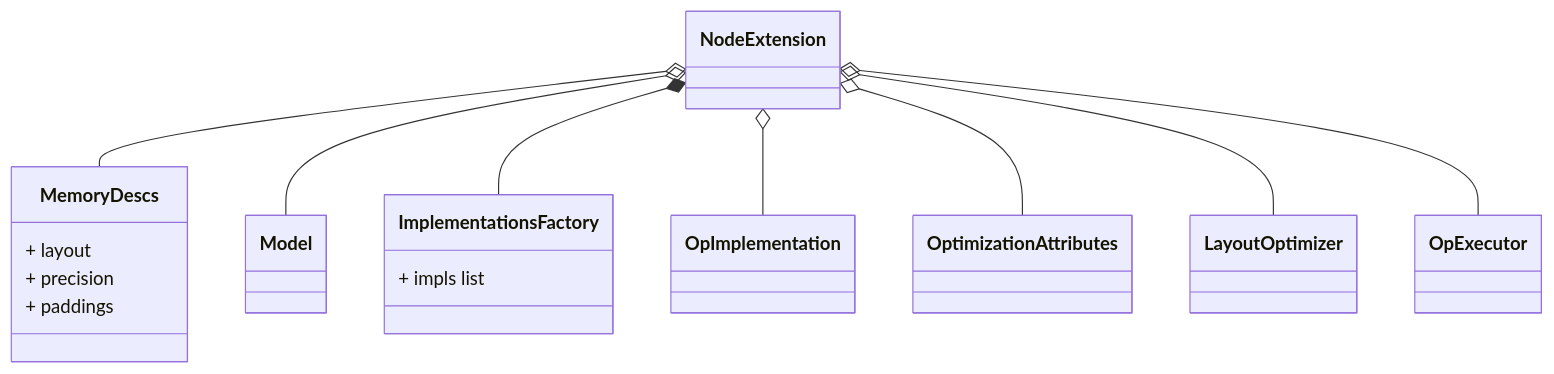
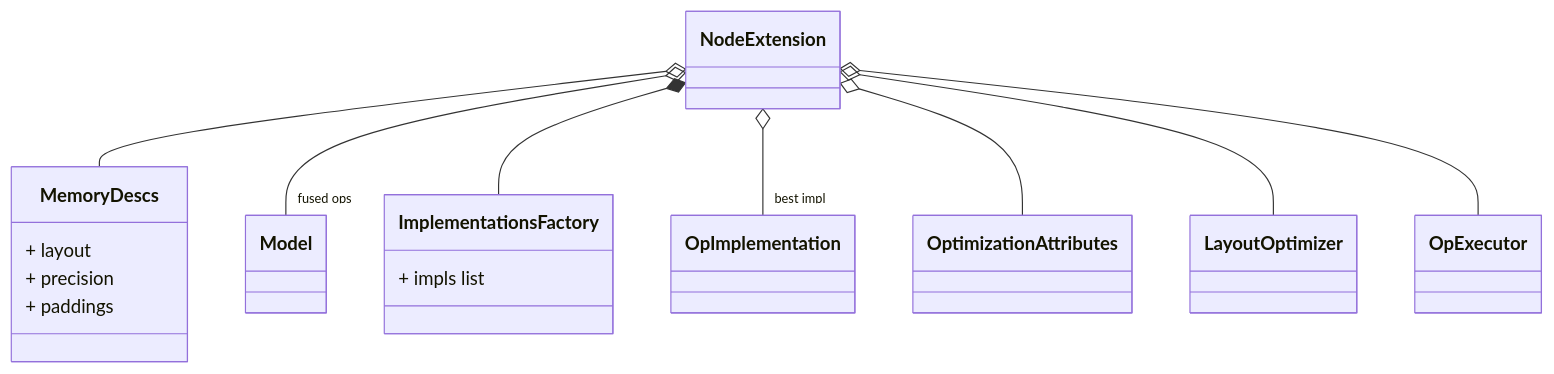
Before and after one commit to z71258847/openvino_sycl_poc: the second of 2 diagrams in src/plugins/one_plugin/docs/arch.md, drawn with Mermaid. The commit also changed other lines of this file and 28 other files, not shown here.

````diff
--- a/src/plugins/one_plugin/docs/arch.md
+++ b/src/plugins/one_plugin/docs/arch.md
@@ -46,28 +23,28 @@
 ```mermaid
 classDiagram
     class MemoryDescs {
         + layout
         + precision
         + paddings
     }
 
     class Model
     class ImplementationsFactory {
         + impls list
     }
     class OpImplementation
     class OptimizationAttributes
     class LayoutOptimizer
     class OpExecutor
 
     class NodeExtension
 
     NodeExtension o-- MemoryDescs
-    NodeExtension o-- Model
+    NodeExtension o-- "fused ops" Model
     NodeExtension *-- ImplementationsFactory
-    NodeExtension o-- OpImplementation
+    NodeExtension o-- "best impl" OpImplementation
     NodeExtension o-- OptimizationAttributes
     NodeExtension o-- LayoutOptimizer
     NodeExtension o-- OpExecutor
 
 ```
````
